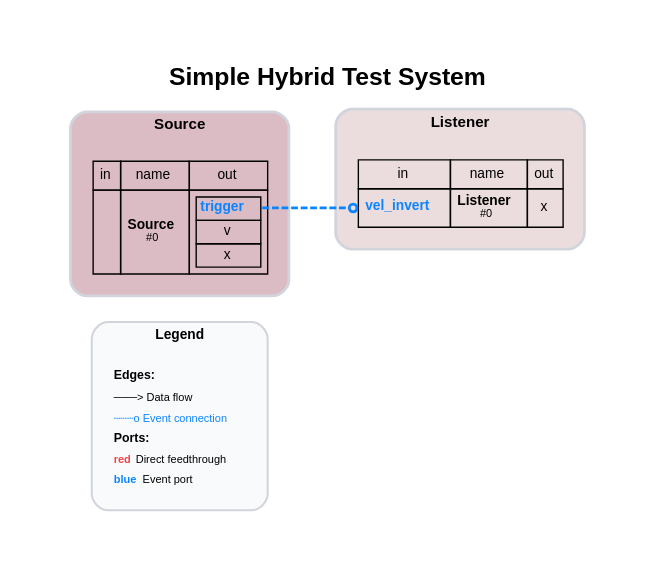
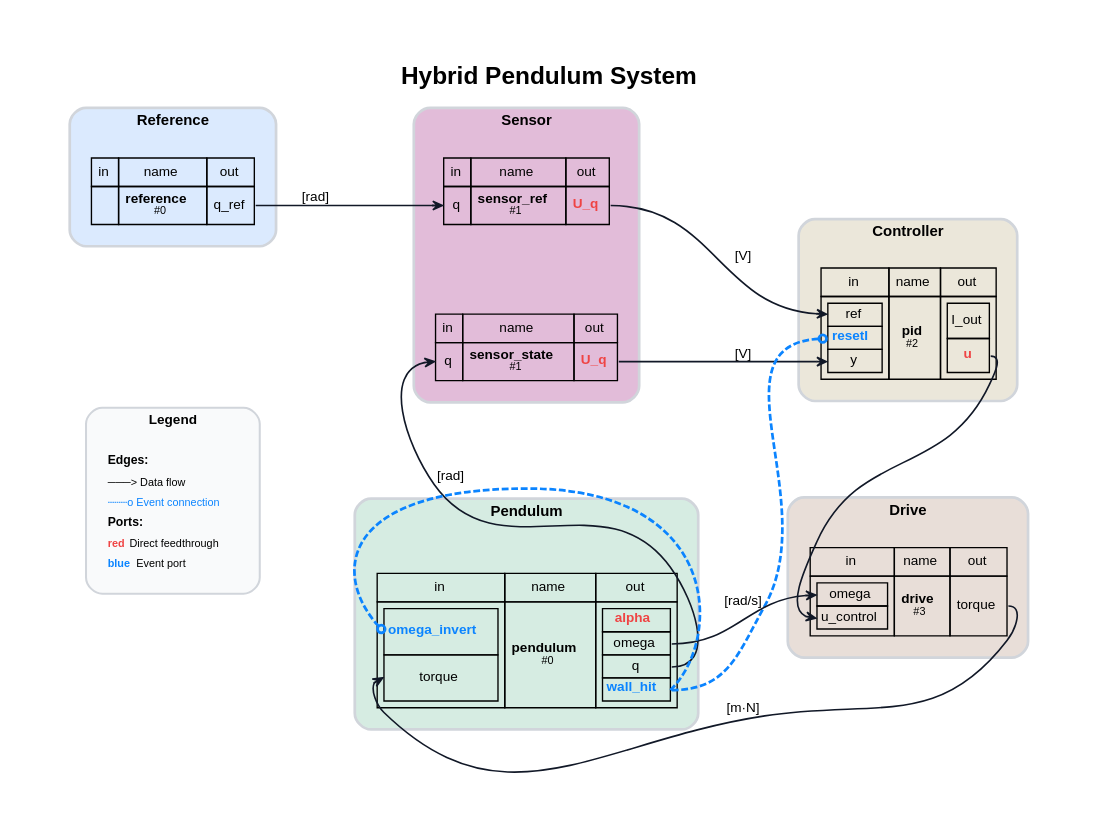
One commit to FlorianFrech/SystemSimulation changed the diagram in demos/ControlledPendulum/MyModels/Hybrid/Digraph.gv. Above: the diagram before and after it, drawn with Graphviz. The commit also changed 27 other files, not shown here.

Commit message:
Hybrid Co-SImulation: - Hybrid Algorithm with Gauss-Seidel Approach - Update Modelica Hybrid Pendulum with discrete wall contact

```diff
--- a/demos/ControlledPendulum/MyModels/Hybrid/Digraph.gv
+++ b/demos/ControlledPendulum/MyModels/Hybrid/Digraph.gv
@@ -1,28 +1,49 @@
-// System: Simple Hybrid Test System
+// System: Hybrid Pendulum System
 digraph {
-	graph [bgcolor=white compound=true esep=0 fontname="Helvetica-Bold" fontsize=18 label="Simple Hybrid Test System" labelloc=t margin=0.2 nodesep=0.8 pad=0.5 rankdir=LR ranksep=0.8 sep=0 splines=true]
+	graph [bgcolor=white compound=true esep=0 fontname="Helvetica-Bold" fontsize=18 label="Hybrid Pendulum System" labelloc=t margin=0.2 nodesep=0.8 pad=0.5 rankdir=LR ranksep=0.8 sep=0 splines=true]
 	node [fillcolor=white fontname=Helvetica fontsize=10 margin="0.05,0.05" shape=plaintext style=""]
 	edge [arrowhead=vee arrowsize=0.7 arrowtail=none color="#111827" dir=forward fontname=Helvetica fontsize=10 labelangle=45 labelfontcolor="#374151" minlen=1.2 penwidth=1.2]
 	subgraph cluster_legend {
 		bgcolor="#f9fafb" color="#d1d5db" fontname="Helvetica-Bold" fontsize=10 label=Legend margin=8 penwidth=1.5 rank=sink style=rounded
 		legend_node [label=<
             <TABLE BORDER="0" CELLBORDER="0" CELLSPACING="2" CELLPADDING="2">
                 <TR><TD ALIGN="LEFT"><FONT POINT-SIZE="9"><B>Edges:</B></FONT></TD></TR>
                 <TR><TD ALIGN="LEFT"><FONT POINT-SIZE="8">───&gt; Data flow</FONT></TD></TR>
                 <TR><TD ALIGN="LEFT"><FONT POINT-SIZE="8" COLOR="#0b84ff">┄┄┄o Event connection</FONT></TD></TR>
                 <TR><TD ALIGN="LEFT"><FONT POINT-SIZE="9"><B>Ports:</B></FONT></TD></TR>
                 <TR><TD ALIGN="LEFT"><FONT POINT-SIZE="8" COLOR="#ef4444"><B>red</B></FONT> Direct feedthrough</TD></TR>
                 <TR><TD ALIGN="LEFT"><FONT POINT-SIZE="8" COLOR="#0b84ff"><B>blue</B></FONT> Event port</TD></TR>
             </TABLE>
             > fontsize=8 shape=plaintext]
 	}
-	subgraph cluster_Source {
-		bgcolor="#dbbcc4" color="#d1d5db" fontname="Helvetica-Bold" fontsize=11 label=Source margin=12 penwidth=2 style=rounded
-		Source [label=<<TABLE BORDER="0" CELLBORDER="1" CELLSPACING="0" CELLPADDING="4"><TR><TD>in</TD><TD>name</TD><TD>out</TD></TR><TR><TD></TD><TD><B>Source</B><BR/><FONT POINT-SIZE="8">#0</FONT></TD><TD><TABLE BORDER="0" CELLBORDER="1" CELLSPACING="0" CELLPADDING="2"><TR><TD PORT="trigger"><FONT COLOR="#0b84ff"><B>trigger</B></FONT></TD></TR><TR><TD PORT="v">v</TD></TR><TR><TD PORT="x">x</TD></TR></TABLE></TD></TR></TABLE>>]
+	subgraph cluster_Reference {
+		bgcolor="#dbeafe" color="#d1d5db" fontname="Helvetica-Bold" fontsize=11 label=Reference margin=12 penwidth=2 style=rounded
+		reference [label=<<TABLE BORDER="0" CELLBORDER="1" CELLSPACING="0" CELLPADDING="4"><TR><TD>in</TD><TD>name</TD><TD>out</TD></TR><TR><TD></TD><TD><B>reference</B><BR/><FONT POINT-SIZE="8">#0</FONT></TD><TD PORT="q_ref">q_ref</TD></TR></TABLE>>]
 	}
-	subgraph cluster_Listener {
-		bgcolor="#ebdddd" color="#d1d5db" fontname="Helvetica-Bold" fontsize=11 label=Listener margin=12 penwidth=2 style=rounded
-		Listener [label=<<TABLE BORDER="0" CELLBORDER="1" CELLSPACING="0" CELLPADDING="4"><TR><TD>in</TD><TD>name</TD><TD>out</TD></TR><TR><TD PORT="vel_invert"><FONT COLOR="#0b84ff"><B>vel_invert</B></FONT></TD><TD><B>Listener</B><BR/><FONT POINT-SIZE="8">#0</FONT></TD><TD PORT="x">x</TD></TR></TABLE>>]
+	subgraph cluster_Sensor {
+		bgcolor="#e2bcd9" color="#d1d5db" fontname="Helvetica-Bold" fontsize=11 label=Sensor margin=12 penwidth=2 style=rounded
+		sensor_ref [label=<<TABLE BORDER="0" CELLBORDER="1" CELLSPACING="0" CELLPADDING="4"><TR><TD>in</TD><TD>name</TD><TD>out</TD></TR><TR><TD PORT="q">q</TD><TD><B>sensor_ref</B><BR/><FONT POINT-SIZE="8">#1</FONT></TD><TD PORT="U_q"><FONT COLOR="#ef4444"><B>U_q</B></FONT></TD></TR></TABLE>>]
+		sensor_state [label=<<TABLE BORDER="0" CELLBORDER="1" CELLSPACING="0" CELLPADDING="4"><TR><TD>in</TD><TD>name</TD><TD>out</TD></TR><TR><TD PORT="q">q</TD><TD><B>sensor_state</B><BR/><FONT POINT-SIZE="8">#1</FONT></TD><TD PORT="U_q"><FONT COLOR="#ef4444"><B>U_q</B></FONT></TD></TR></TABLE>>]
 	}
-	Source -> Listener [label="" arrowhead=odot color="#0b84ff" fontcolor="#0b84ff" headclip=true headport="vel_invert:w" penwidth=2.0 style=dashed tailclip=true tailport="trigger:e"]
+	subgraph cluster_Controller {
+		bgcolor="#ebe7da" color="#d1d5db" fontname="Helvetica-Bold" fontsize=11 label=Controller margin=12 penwidth=2 style=rounded
+		pid [label=<<TABLE BORDER="0" CELLBORDER="1" CELLSPACING="0" CELLPADDING="4"><TR><TD>in</TD><TD>name</TD><TD>out</TD></TR><TR><TD><TABLE BORDER="0" CELLBORDER="1" CELLSPACING="0" CELLPADDING="2"><TR><TD PORT="ref">ref</TD></TR><TR><TD PORT="resetI"><FONT COLOR="#0b84ff"><B>resetI</B></FONT></TD></TR><TR><TD PORT="y">y</TD></TR></TABLE></TD><TD><B>pid</B><BR/><FONT POINT-SIZE="8">#2</FONT></TD><TD><TABLE BORDER="0" CELLBORDER="1" CELLSPACING="0" CELLPADDING="2"><TR><TD PORT="I_out">I_out</TD></TR><TR><TD PORT="u"><FONT COLOR="#ef4444"><B>u</B></FONT></TD></TR></TABLE></TD></TR></TABLE>>]
+	}
+	subgraph cluster_Drive {
+		bgcolor="#e8ded8" color="#d1d5db" fontname="Helvetica-Bold" fontsize=11 label=Drive margin=12 penwidth=2 style=rounded
+		drive [label=<<TABLE BORDER="0" CELLBORDER="1" CELLSPACING="0" CELLPADDING="4"><TR><TD>in</TD><TD>name</TD><TD>out</TD></TR><TR><TD><TABLE BORDER="0" CELLBORDER="1" CELLSPACING="0" CELLPADDING="2"><TR><TD PORT="omega">omega</TD></TR><TR><TD PORT="u_control">u_control</TD></TR></TABLE></TD><TD><B>drive</B><BR/><FONT POINT-SIZE="8">#3</FONT></TD><TD PORT="torque">torque</TD></TR></TABLE>>]
+	}
+	subgraph cluster_Pendulum {
+		bgcolor="#d6ece2" color="#d1d5db" fontname="Helvetica-Bold" fontsize=11 label=Pendulum margin=12 penwidth=2 style=rounded
+		pendulum [label=<<TABLE BORDER="0" CELLBORDER="1" CELLSPACING="0" CELLPADDING="4"><TR><TD>in</TD><TD>name</TD><TD>out</TD></TR><TR><TD><TABLE BORDER="0" CELLBORDER="1" CELLSPACING="0" CELLPADDING="2"><TR><TD PORT="omega_invert"><FONT COLOR="#0b84ff"><B>omega_invert</B></FONT></TD></TR><TR><TD PORT="torque">torque</TD></TR></TABLE></TD><TD><B>pendulum</B><BR/><FONT POINT-SIZE="8">#0</FONT></TD><TD><TABLE BORDER="0" CELLBORDER="1" CELLSPACING="0" CELLPADDING="2"><TR><TD PORT="alpha"><FONT COLOR="#ef4444"><B>alpha</B></FONT></TD></TR><TR><TD PORT="omega">omega</TD></TR><TR><TD PORT="q">q</TD></TR><TR><TD PORT="wall_hit"><FONT COLOR="#0b84ff"><B>wall_hit</B></FONT></TD></TR></TABLE></TD></TR></TABLE>>]
+	}
+	reference -> sensor_ref [label="[rad]" color="#111827" headclip=true headport="q:w" style=solid tailclip=true tailport="q_ref:e"]
+	pendulum -> sensor_state [label="[rad]" color="#111827" headclip=true headport="q:w" style=solid tailclip=true tailport="q:e"]
+	sensor_ref -> pid [label="[V]" color="#111827" headclip=true headport="ref:w" style=solid tailclip=true tailport="U_q:e"]
+	sensor_state -> pid [label="[V]" color="#111827" headclip=true headport="y:w" style=solid tailclip=true tailport="U_q:e"]
+	pid -> drive [label="" color="#111827" headclip=true headport="u_control:w" style=solid tailclip=true tailport="u:e"]
+	drive -> pendulum [label="[m·N]" color="#111827" headclip=true headport="torque:w" style=solid tailclip=true tailport="torque:e"]
+	pendulum -> drive [label="[rad/s]" color="#111827" headclip=true headport="omega:w" style=solid tailclip=true tailport="omega:e"]
+	pendulum -> pid [label="" arrowhead=odot color="#0b84ff" fontcolor="#0b84ff" headclip=true headport="resetI:w" penwidth=2.0 style=dashed tailclip=true tailport="wall_hit:e"]
+	pendulum -> pendulum [label="" arrowhead=odot color="#0b84ff" fontcolor="#0b84ff" headclip=true headport="omega_invert:w" penwidth=2.0 style=dashed tailclip=true tailport="wall_hit:e"]
 }
```
